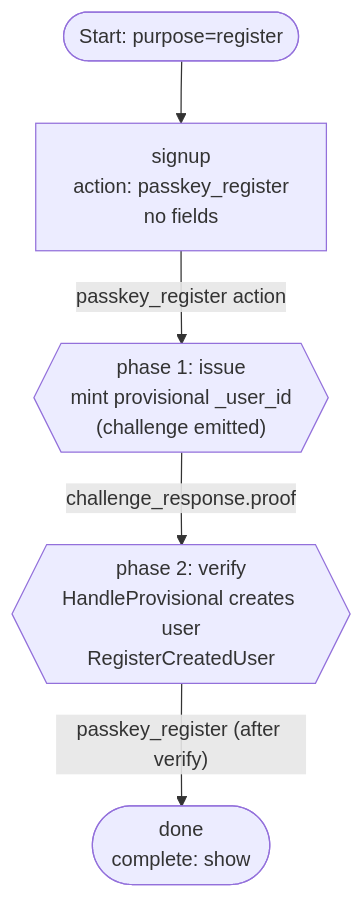
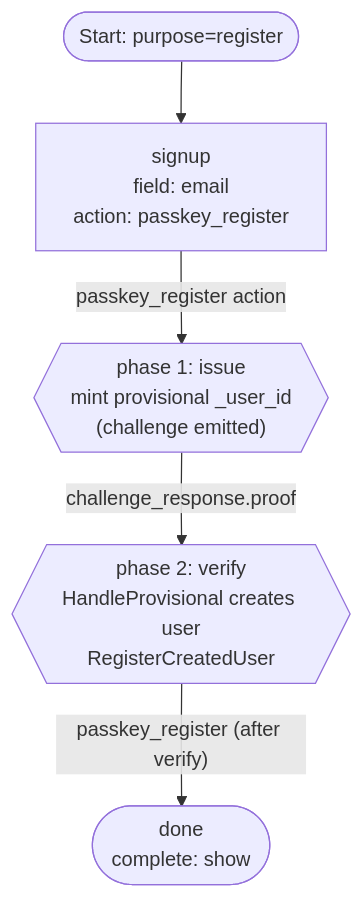
One commit to zitadel/nextgen changed the diagram in api/openapi/endpoints/flow_definitions/examples/04-passkey-register/README.md. Above: the diagram before and after it, drawn with Mermaid. The commit also changed other lines of this file and 3 other files, not shown here.

First line of the commit message:
docs(flowengine): reshape example 04 to collect email before passkey_register

````diff
--- a/api/openapi/endpoints/flow_definitions/examples/04-passkey-register/README.md
+++ b/api/openapi/endpoints/flow_definitions/examples/04-passkey-register/README.md
@@ -26,12 +28,12 @@
 ```mermaid
 flowchart TD
     start([Start: purpose=register]) --> signup
-    signup["signup<br/>action: passkey_register<br/>no fields"]
+    signup["signup<br/>field: email<br/>action: passkey_register"]
     issue{{"phase 1: issue<br/>mint provisional _user_id<br/>(challenge emitted)"}}
     verify{{"phase 2: verify<br/>HandleProvisional creates user<br/>RegisterCreatedUser"}}
     done([done<br/>complete: show])
 
     signup -- "passkey_register action" --> issue
     issue -- "challenge_response.proof" --> verify
     verify -- "passkey_register (after verify)" --> done
 ```
````
